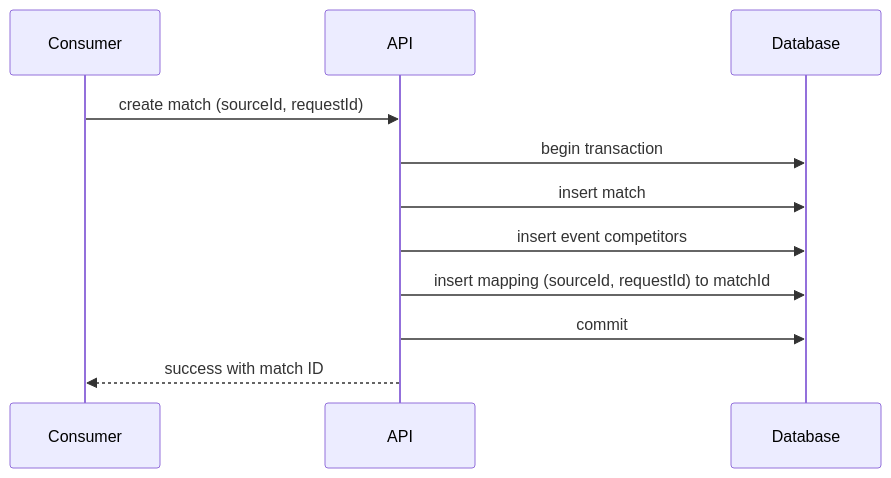
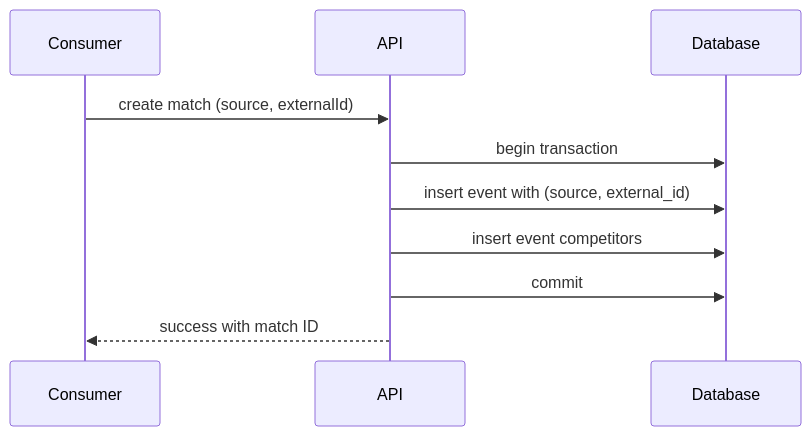
One commit to DPostnik/sports-event-platform changed the third of 5 diagrams in docs/system-design.md. Above: the diagram before and after it, drawn with Mermaid. The commit also changed other lines of this file and 1 other file, not shown here.

Commit message:
Identify events by source and external ID (ADR-0007)

````diff
--- a/docs/system-design.md
+++ b/docs/system-design.md
@@ -65,13 +65,12 @@
 ```mermaid
 sequenceDiagram
     participant C as Consumer
     participant A as API
     participant D as Database
-    C->>A: create match (sourceId, requestId)
+    C->>A: create match (source, externalId)
     A->>D: begin transaction
-    A->>D: insert match
+    A->>D: insert event with (source, external_id)
     A->>D: insert event competitors
-    A->>D: insert mapping (sourceId, requestId) to matchId
     A->>D: commit
     A-->>C: success with match ID
 ```
````
